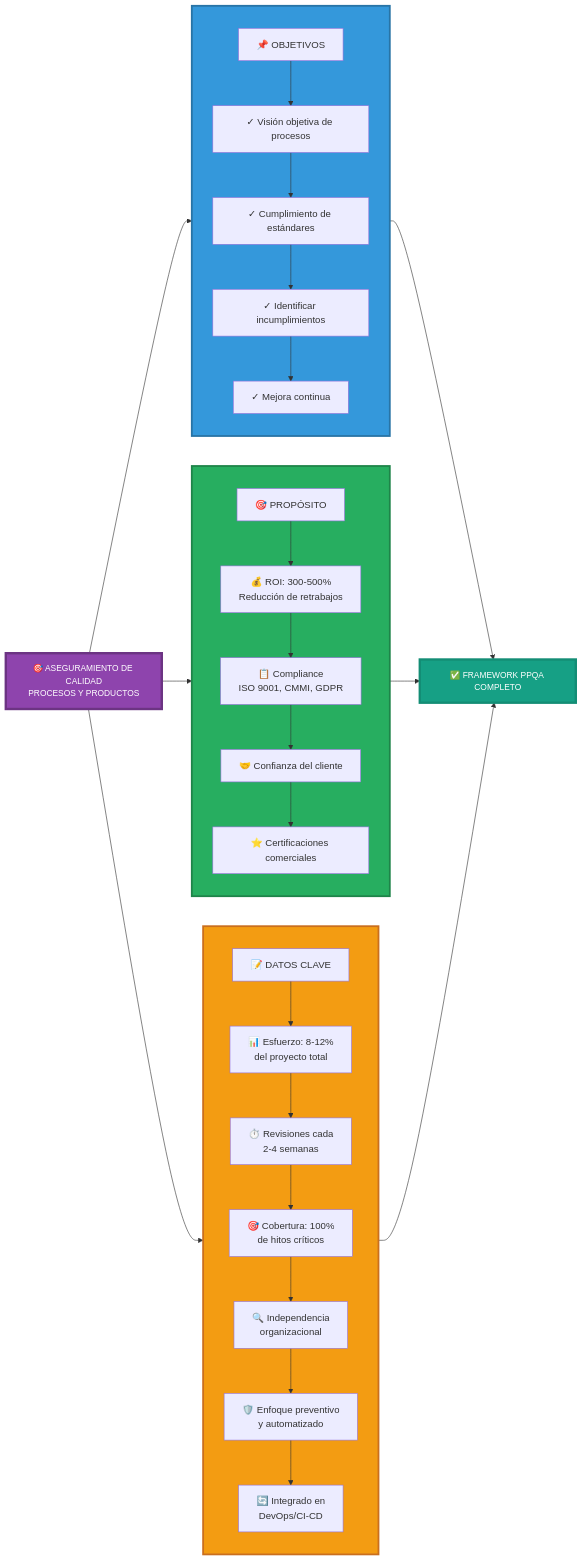
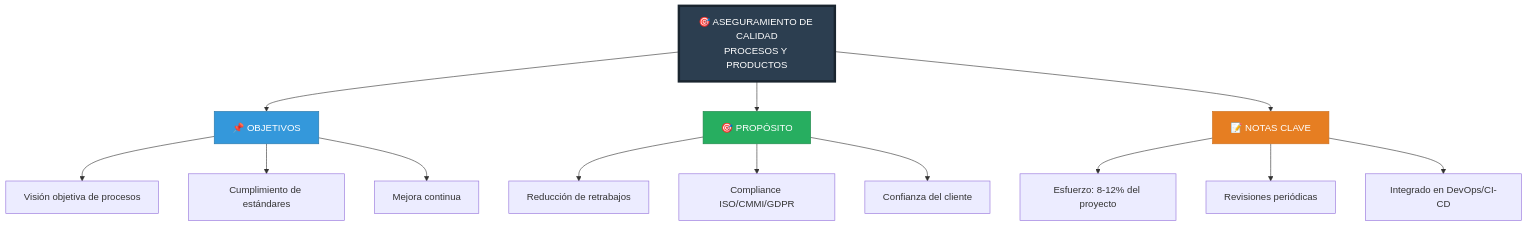
Before and after one commit to titoruizh/Topico_Ing_Software: the first of 4 diagrams in README.md, drawn with Mermaid.

````diff
--- a/README.md
+++ b/README.md
@@ -5,49 +5,25 @@
 ```mermaid
-graph LR
-    START[🎯 ASEGURAMIENTO DE CALIDAD<br/>PROCESOS Y PRODUCTOS]
-    
-    START --> OBJ
-    START --> PROP
-    START --> NOTAS
-    
-    subgraph OBJ[" "]
-        direction TB
-        O1[📌 OBJETIVOS]
-        O1 --> O2[✓ Visión objetiva de procesos]
-        O2 --> O3[✓ Cumplimiento de estándares]
-        O3 --> O4[✓ Identificar incumplimientos]
-        O4 --> O5[✓ Mejora continua]
-    end
-    
-    subgraph PROP[" "]
-        direction TB
-        P1[🎯 PROPÓSITO]
-        P1 --> P2[💰 ROI: 300-500%<br/>Reducción de retrabajos]
-        P2 --> P3[📋 Compliance<br/>ISO 9001, CMMI, GDPR]
-        P3 --> P4[🤝 Confianza del cliente]
-        P4 --> P5[⭐ Certificaciones comerciales]
-    end
-    
-    subgraph NOTAS[" "]
-        direction TB
-        N1[📝 DATOS CLAVE]
-        N1 --> N2[📊 Esfuerzo: 8-12%<br/>del proyecto total]
-        N2 --> N3[⏱️ Revisiones cada<br/>2-4 semanas]
-        N3 --> N4[🎯 Cobertura: 100%<br/>de hitos críticos]
-        N4 --> N5[🔍 Independencia<br/>organizacional]
-        N5 --> N6[🛡️ Enfoque preventivo<br/>y automatizado]
-        N6 --> N7[🔄 Integrado en<br/>DevOps/CI-CD]
-    end
-    
-    OBJ --> END
-    PROP --> END
-    NOTAS --> END
-    
-    END[✅ FRAMEWORK PPQA COMPLETO]
-    
-    style START fill:#8E44AD,stroke:#6C3483,stroke-width:4px,color:#FFF,font-size:14px
-    style OBJ fill:#3498DB,stroke:#2874A6,stroke-width:3px,color:#000
-    style PROP fill:#27AE60,stroke:#1E8449,stroke-width:3px,color:#000
-    style NOTAS fill:#F39C12,stroke:#CA6F1E,stroke-width:3px,color:#000
-    style END fill:#16A085,stroke:#138D75,stroke-width:4px,color:#FFF,font-size:14px
+graph TD
+    A[🎯 ASEGURAMIENTO DE CALIDAD<br/>PROCESOS Y PRODUCTOS]
+    A --> B1[📌 OBJETIVOS]
+    A --> B2[🎯 PROPÓSITO]
+    A --> B3[📝 NOTAS CLAVE]
+
+    B1 --> C1[Visión objetiva de procesos]
+    B1 --> C2[Cumplimiento de estándares]
+    B1 --> C3[Mejora continua]
+
+    B2 --> C4[Reducción de retrabajos]
+    B2 --> C5[Compliance ISO/CMMI/GDPR]
+    B2 --> C6[Confianza del cliente]
+
+    B3 --> C7[Esfuerzo: 8-12% del proyecto]
+    B3 --> C8[Revisiones periódicas]
+    B3 --> C9[Integrado en DevOps/CI-CD]
+
+    style A fill:#2C3E50,stroke:#1A252F,stroke-width:4px,color:#FFF
+    style B1 fill:#3498DB,stroke:#2874A6,color:#FFF
+    style B2 fill:#27AE60,stroke:#1E8449,color:#FFF
+    style B3 fill:#E67E22,stroke:#CA6F1E,color:#FFF
+
 ```
````
